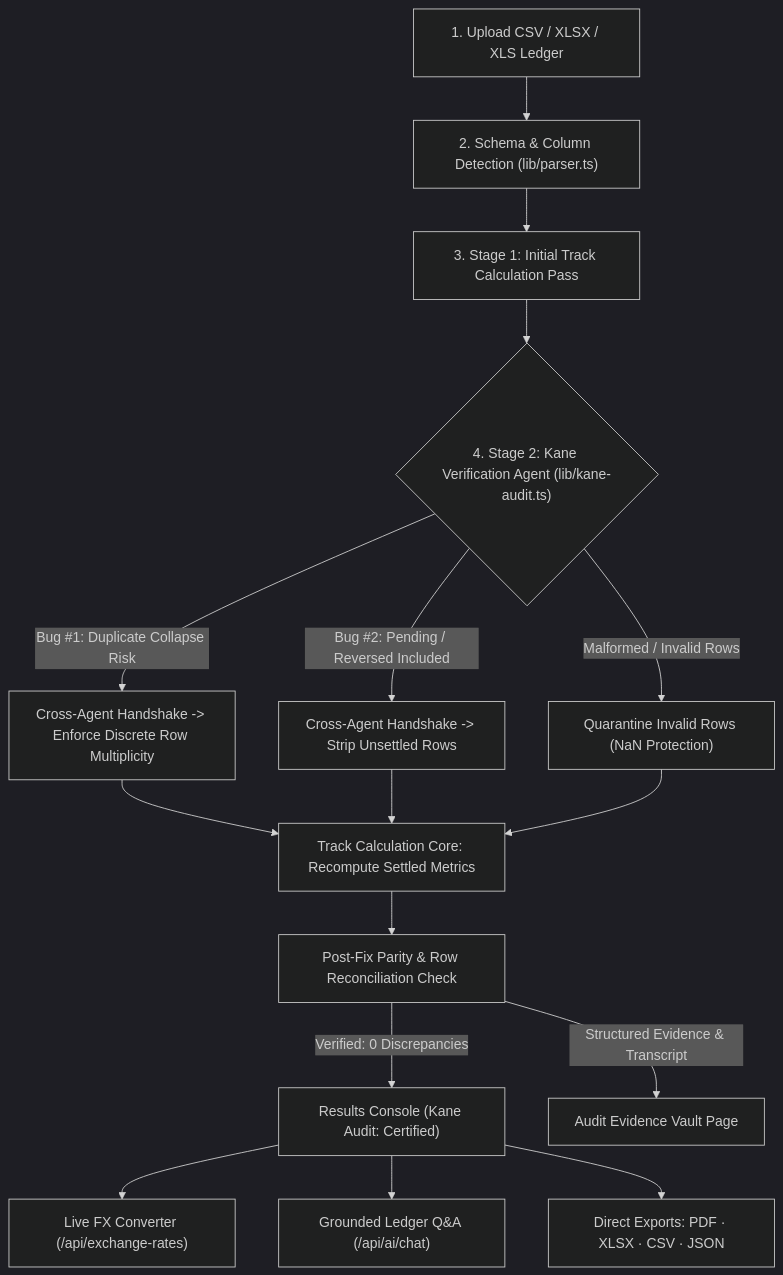
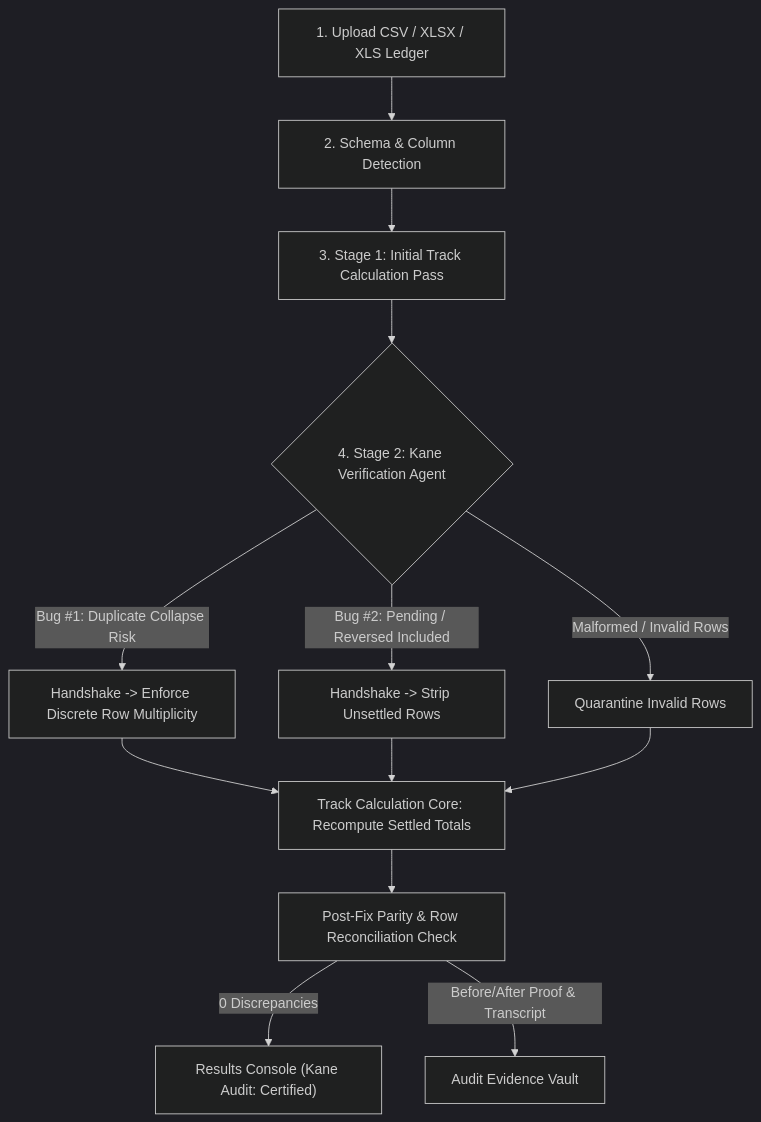
One commit to RexEth070/track changed the first of 2 diagrams in README.md. Above: the diagram before and after it, drawn with Mermaid (dark theme). The commit also changed other lines of this file, not shown here.

Commit message:
docs: tighten README to focus on problem, architecture diagrams, proof, and quick start

````diff
--- a/README.md
+++ b/README.md
@@ -28,22 +26,18 @@
 ```mermaid
 flowchart TD
-    A["1. Upload CSV / XLSX / XLS Ledger"] --> B["2. Schema & Column Detection (lib/parser.ts)"]
+    A["1. Upload CSV / XLSX / XLS Ledger"] --> B["2. Schema & Column Detection"]
     B --> C["3. Stage 1: Initial Track Calculation Pass"]
-    C --> D{"4. Stage 2: Kane Verification Agent (lib/kane-audit.ts)"}
+    C --> D{"4. Stage 2: Kane Verification Agent"}
 
-    D -->|"Bug #1: Duplicate Collapse Risk"| E["Cross-Agent Handshake -> Enforce Discrete Row Multiplicity"]
-    D -->|"Bug #2: Pending / Reversed Included"| F["Cross-Agent Handshake -> Strip Unsettled Rows"]
-    D -->|"Malformed / Invalid Rows"| G["Quarantine Invalid Rows (NaN Protection)"]
+    D -->|"Bug #1: Duplicate Collapse Risk"| E["Handshake -> Enforce Discrete Row Multiplicity"]
+    D -->|"Bug #2: Pending / Reversed Included"| F["Handshake -> Strip Unsettled Rows"]
+    D -->|"Malformed / Invalid Rows"| G["Quarantine Invalid Rows"]
 
-    E --> H["Track Calculation Core: Recompute Settled Metrics"]
+    E --> H["Track Calculation Core: Recompute Settled Totals"]
     F --> H
     G --> H
 
     H --> I["Post-Fix Parity & Row Reconciliation Check"]
-    I -->|"Verified: 0 Discrepancies"| J["Results Console (Kane Audit: Certified)"]
-    I -->|"Structured Evidence & Transcript"| K["Audit Evidence Vault Page"]
-
-    J --> L["Live FX Converter (/api/exchange-rates)"]
-    J --> M["Grounded Ledger Q&A (/api/ai/chat)"]
-    J --> N["Direct Exports: PDF · XLSX · CSV · JSON"]
+    I -->|"0 Discrepancies"| J["Results Console (Kane Audit: Certified)"]
+    I -->|"Before/After Proof & Transcript"| K["Audit Evidence Vault"]
 ```
````
